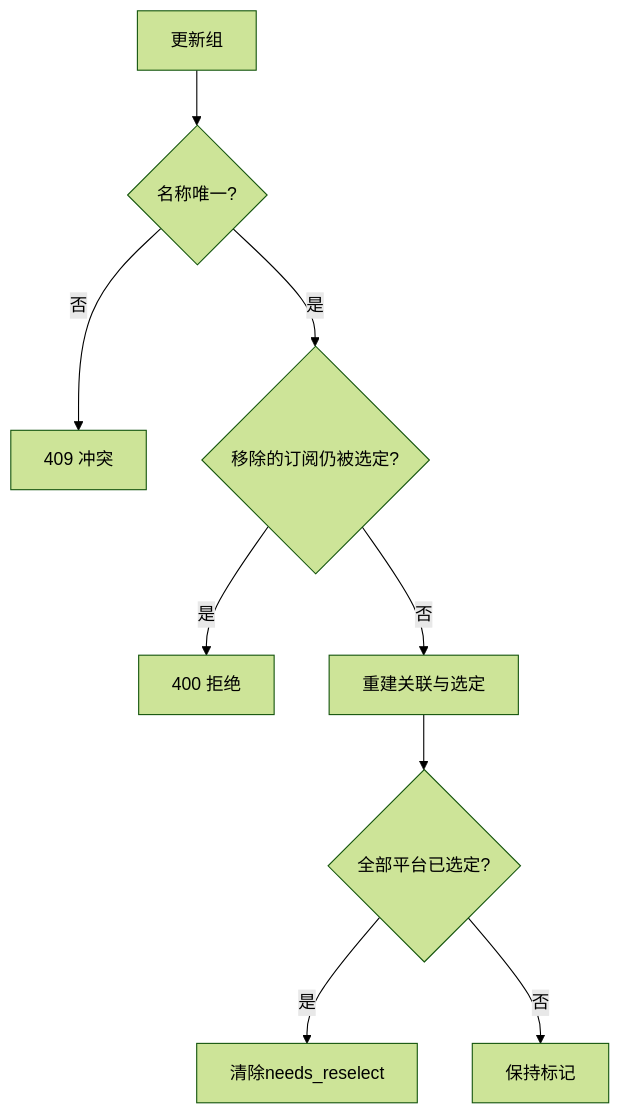
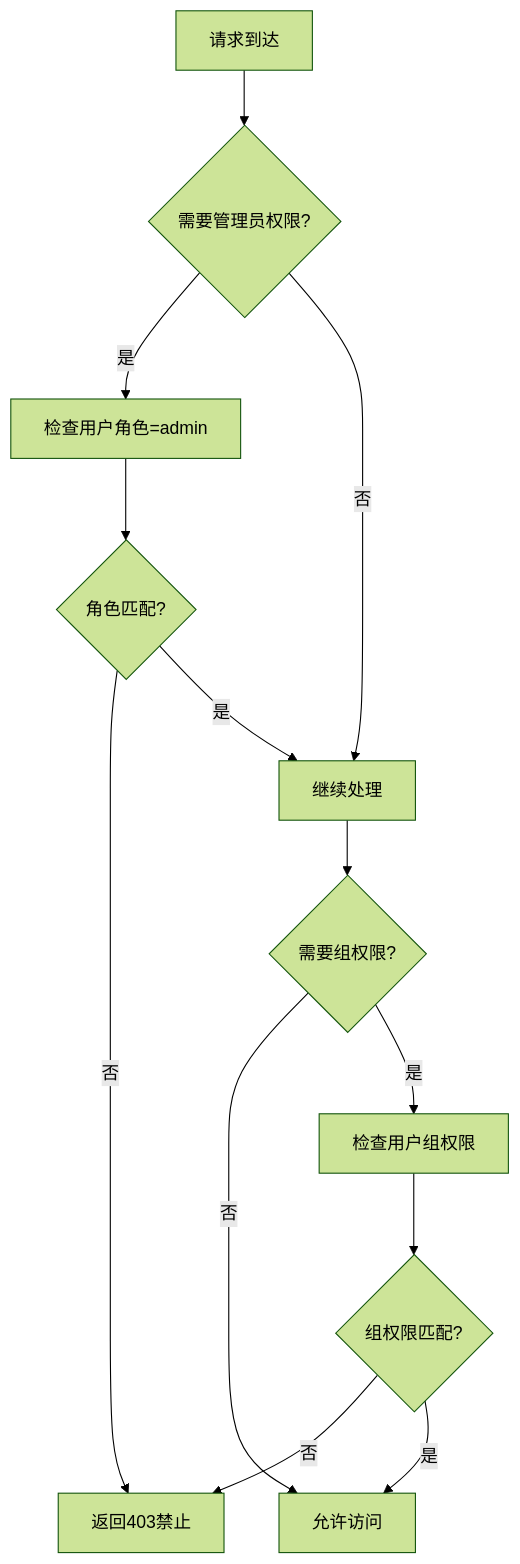
One commit to AlcaProphet/VPN-Subscription-Management changed the tenth of 12 diagrams in .qoder/repowiki/zh/content/核心功能模块/认证与授权系统/认证与授权系统.md. Above: the diagram before and after it, drawn with Mermaid (forest theme). The commit also changed other lines of this file and 8 other files, not shown here.

````diff
--- a/.qoder/repowiki/zh/content/核心功能模块/认证与授权系统/认证与授权系统.md
+++ b/.qoder/repowiki/zh/content/核心功能模块/认证与授权系统/认证与授权系统.md
@@ -306,11 +371,15 @@
 ```mermaid
 flowchart TD
-A["更新组"] --> B{"名称唯一?"}
-B --> |否| E["409 冲突"]
-B --> |是| C{"移除的订阅仍被选定?"}
-C --> |是| F["400 拒绝"]
-C --> |否| D["重建关联与选定"]
-D --> G{"全部平台已选定?"}
-G --> |是| H["清除needs_reselect"]
-G --> |否| I["保持标记"]
+A[请求到达] --> B{需要管理员权限?}
+B --> |是| C[检查用户角色=admin]
+B --> |否| D[继续处理]
+C --> E{角色匹配?}
+E --> |否| F[返回403禁止]
+E --> |是| D
+D --> G{需要组权限?}
+G --> |否| H[允许访问]
+G --> |是| I[检查用户组权限]
+I --> J{组权限匹配?}
+J --> |否| F
+J --> |是| H
 ```
````
